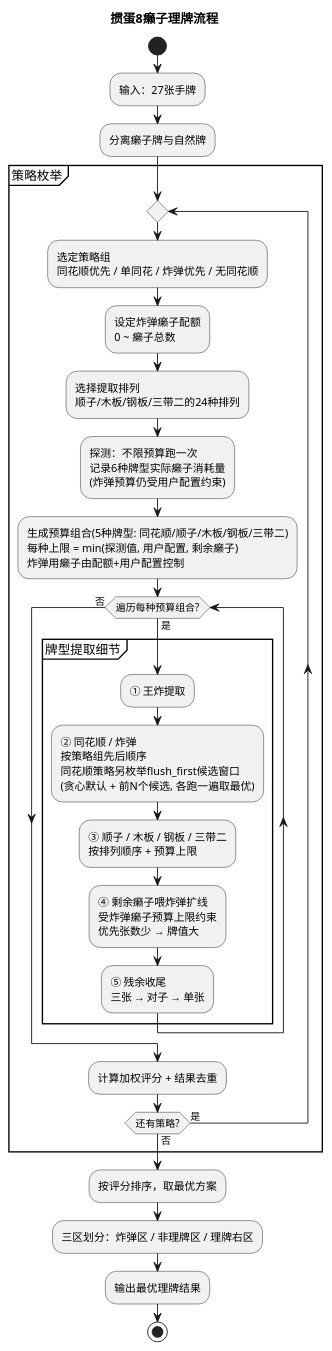
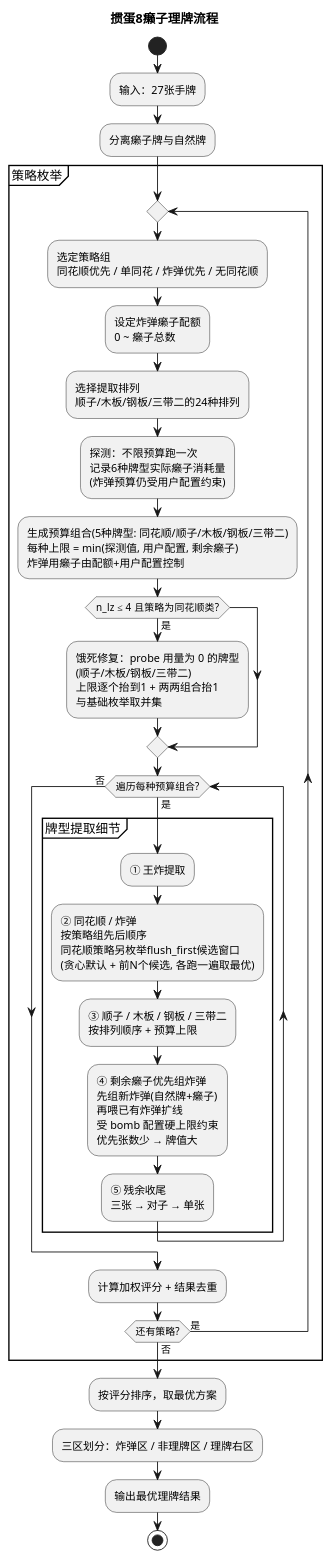
Before and after one commit to zhengshuai021-rgb/guandan8laizi: the diagram in flow.puml, drawn with PlantUML. The commit also changed 2 other files, not shown here.

Commit message:
fix: 饿死修复——probe 用量为 0 的牌型预算抬升(双钉)，n_lz≤4 门控
O_flush_first 贪心一口气组多个同花顺吃光癞子，排在提取顺序末尾的
牌型(顺子/木板/钢板/三带二) probe 用量恒为 0 → 上限被裁成 0 →
「给它恰好 1 张癞子」的预算组合整个漏掉，漏出劣解。

修复：generate_wild_budgets 新增 lift_types 参数，被饿死牌型上限
逐个抬 1 + 两两组合抬 1(单钉会漏：4 癞用例需同时钉 straight 与
three_two)，与基础枚举取并集。仅 n_lz ≤ 4 时启用——漏解均在
3~4 癞，5~8 癞 105 副全量抬升与不抬升 0 差异，门控避免 8 癞子
单副枚举放大约 2 倍。

实测：用户手牌 -12.04 → -12.233，4 癞回归用例 -12.825，
8 癞子耗时回到基线 ~2.6s，120 副回归门控永不比 no-lift 差。

```diff
--- a/flow.puml
+++ b/flow.puml
@@ -1,32 +1,35 @@
 @startuml
 title 掼蛋8癞子理牌流程
 
 start
 :输入：27张手牌;
 :分离癞子牌与自然牌;
 
 partition "策略枚举" {
   repeat
     :选定策略组\n同花顺优先 / 单同花 / 炸弹优先 / 无同花顺;
     :设定炸弹癞子配额\n0 ~ 癞子总数;
     :选择提取排列\n顺子/木板/钢板/三带二的24种排列;
     :探测：不限预算跑一次\n记录6种牌型实际癞子消耗量\n(炸弹预算仍受用户配置约束);
     :生成预算组合(5种牌型: 同花顺/顺子/木板/钢板/三带二)\n每种上限 = min(探测值, 用户配置, 剩余癞子)\n炸弹用癞子由配额+用户配置控制;
+    if (n_lz ≤ 4 且策略为同花顺类?) then (是)
+      :饿死修复：probe 用量为 0 的牌型\n(顺子/木板/钢板/三带二)\n上限逐个抬到1 + 两两组合抬1\n与基础枚举取并集;
+    endif
     while (遍历每种预算组合?) is (是)
       partition "牌型提取细节" {
         :① 王炸提取;
         :② 同花顺 / 炸弹\n按策略组先后顺序\n同花顺策略另枚举flush_first候选窗口\n(贪心默认 + 前N个候选, 各跑一遍取最优);
         :③ 顺子 / 木板 / 钢板 / 三带二\n按排列顺序 + 预算上限;
-        :④ 剩余癞子喂炸弹扩线\n受炸弹癞子预算上限约束\n优先张数少 → 牌值大;
+        :④ 剩余癞子优先组炸弹\n先组新炸弹(自然牌+癞子)\n再喂已有炸弹扩线\n受 bomb 配置硬上限约束\n优先张数少 → 牌值大;
         :⑤ 残余收尾\n三张 → 对子 → 单张;
       }
     endwhile (否)
     :计算加权评分 + 结果去重;
   repeat while (还有策略?) is (是) not (否)
 }
 
 :按评分排序，取最优方案;
 :三区划分：炸弹区 / 非理牌区 / 理牌右区;
 :输出最优理牌结果;
 stop
 @enduml
```
